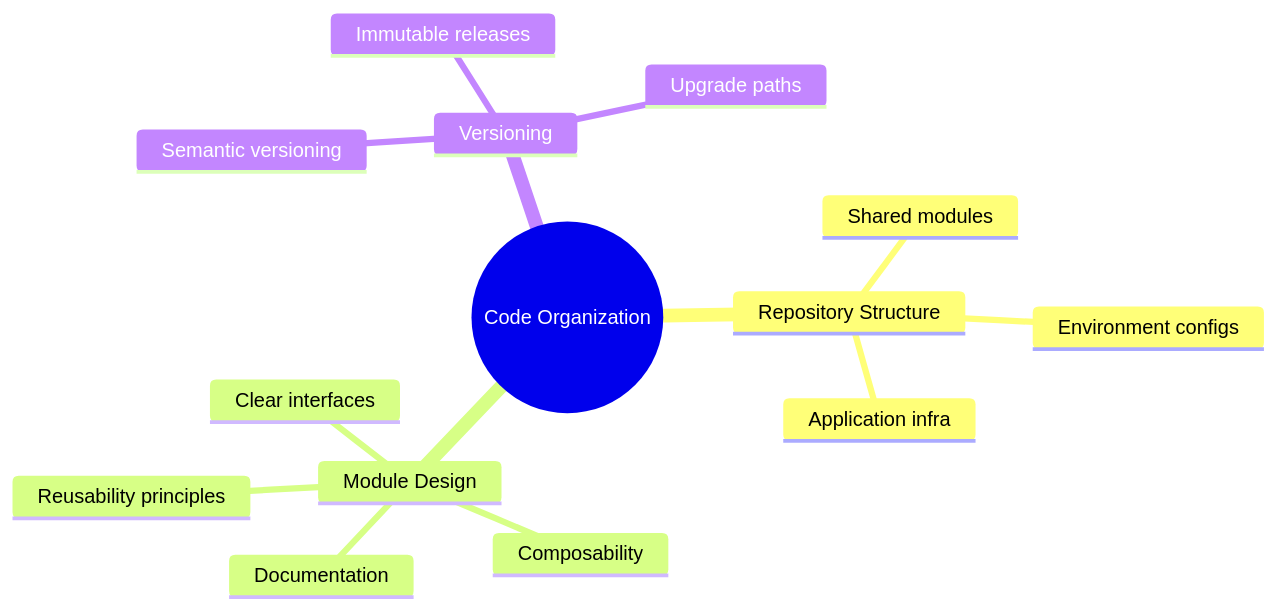
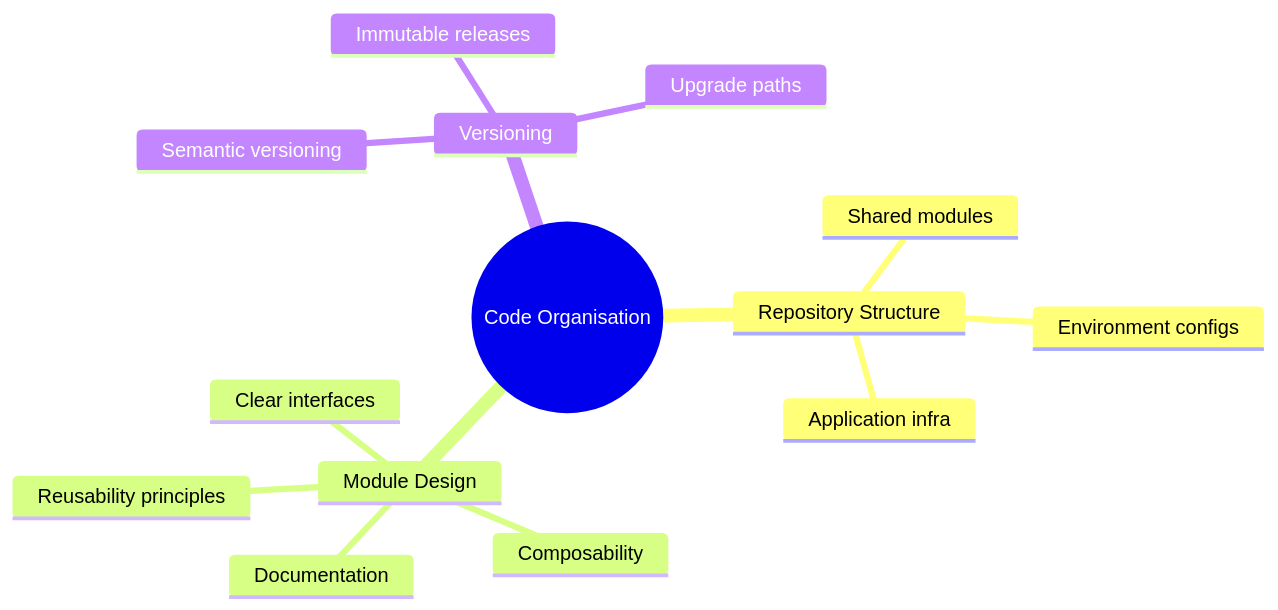
The diagram in docs/images/mindmap_22a_code_organization.mmd (Geonitab/architecture_as_code), drawn with Mermaid before and after one commit. The commit also changed 14 other files, not shown here.

Commit message:
Convert diagrams from American to British English

```diff
--- a/docs/images/mindmap_22a_code_organization.mmd
+++ b/docs/images/mindmap_22a_code_organization.mmd
@@ -1,15 +1,15 @@
 mindmap
-  root((Code Organization))
+  root((Code Organisation))
     Repository Structure
       Shared modules
       Environment configs
       Application infra
     Module Design
       Reusability principles
       Composability
       Clear interfaces
       Documentation
     Versioning
       Semantic versioning
       Immutable releases
       Upgrade paths
```
